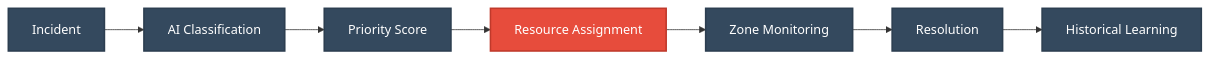
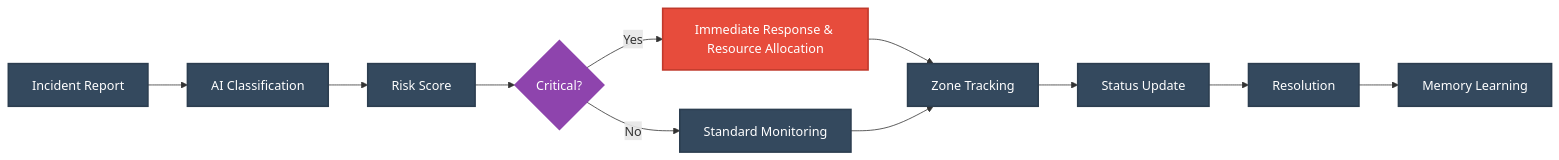
The third of 4 diagrams in README.md (somiya-namdeo/Trinetra-AI), drawn with Mermaid before and after one commit. The commit also changed other lines of this file, not shown here.

````diff
--- a/README.md
+++ b/README.md
@@ -56,12 +157,17 @@
 ```mermaid
 flowchart LR
     classDef standard fill:#34495E,stroke:#2C3E50,stroke-width:2px,color:#fff;
-    classDef highlight fill:#E74C3C,stroke:#C0392B,stroke-width:2px,color:#fff;
-    
-    A[Incident]:::standard --> B[AI Classification]:::standard
-    B --> C[Priority Score]:::standard
-    C --> D[Resource Assignment]:::highlight
-    D --> E[Zone Monitoring]:::standard
-    E --> F[Resolution]:::standard
-    F --> G[Historical Learning]:::standard
+    classDef decision fill:#8E44AD,stroke:#8E44AD,stroke-width:2px,color:#fff;
+    classDef action fill:#E74C3C,stroke:#C0392B,stroke-width:2px,color:#fff;
+
+    A[Incident Report]:::standard --> B[AI Classification]:::standard
+    B --> C[Risk Score]:::standard
+    C --> D{Critical?}:::decision
+    D -->|Yes| E[Immediate Response & Resource Allocation]:::action
+    D -->|No| F[Standard Monitoring]:::standard
+    E --> G[Zone Tracking]:::standard
+    F --> G
+    G --> H[Status Update]:::standard
+    H --> I[Resolution]:::standard
+    I --> J[Memory Learning]:::standard
 ```
````
